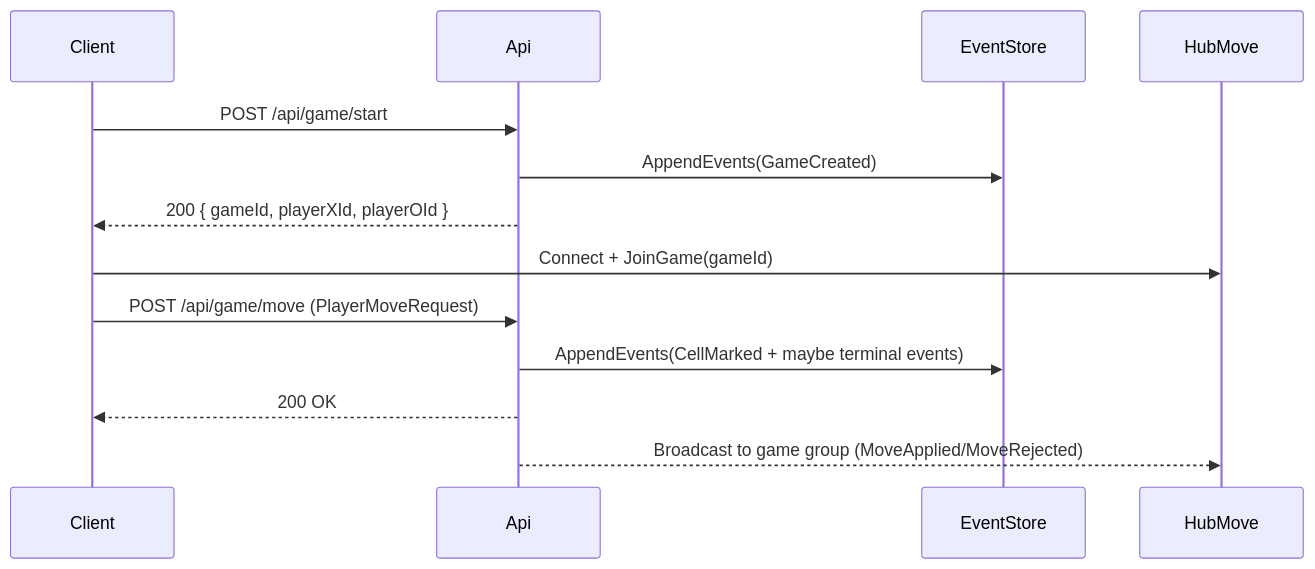
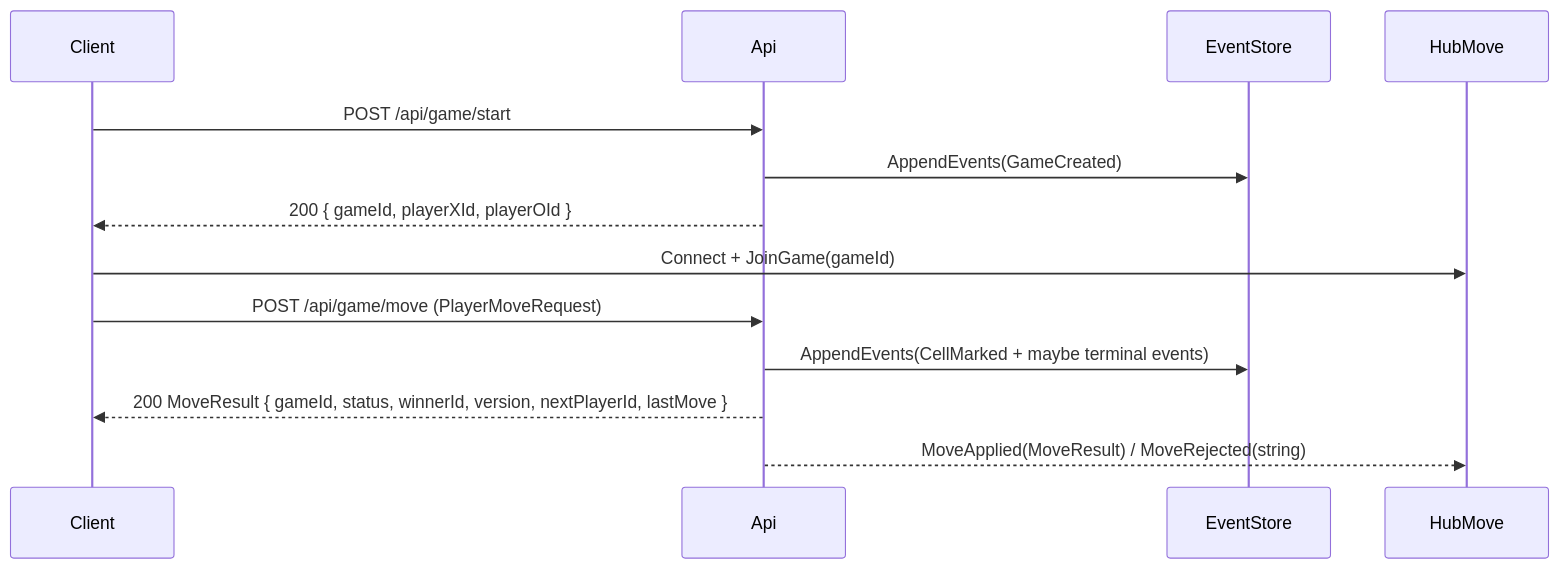
The second of 7 diagrams in docs/USER_FLOWS.md (NetCoreParty/ultimate-tic-tac-toe-back), drawn with Mermaid before and after one commit. The commit also changed other lines of this file and 14 other files, not shown here.

First line of the commit message:
TASK_13_p1_matchfound_leave_forfeit_and_move_result

````diff
--- a/docs/USER_FLOWS.md
+++ b/docs/USER_FLOWS.md
@@ -17,18 +46,18 @@
 ```mermaid
 sequenceDiagram
   participant Client
   participant Api
   participant EventStore
   participant HubMove
 
   Client->>Api: POST /api/game/start
   Api->>EventStore: AppendEvents(GameCreated)
   Api-->>Client: 200 { gameId, playerXId, playerOId }
 
   Client->>HubMove: Connect + JoinGame(gameId)
 
   Client->>Api: POST /api/game/move (PlayerMoveRequest)
   Api->>EventStore: AppendEvents(CellMarked + maybe terminal events)
-  Api-->>Client: 200 OK
-  Api-->>HubMove: Broadcast to game group (MoveApplied/MoveRejected)
+  Api-->>Client: 200 MoveResult { gameId, status, winnerId, version, nextPlayerId, lastMove }
+  Api-->>HubMove: MoveApplied(MoveResult) / MoveRejected(string)
 ```
````
